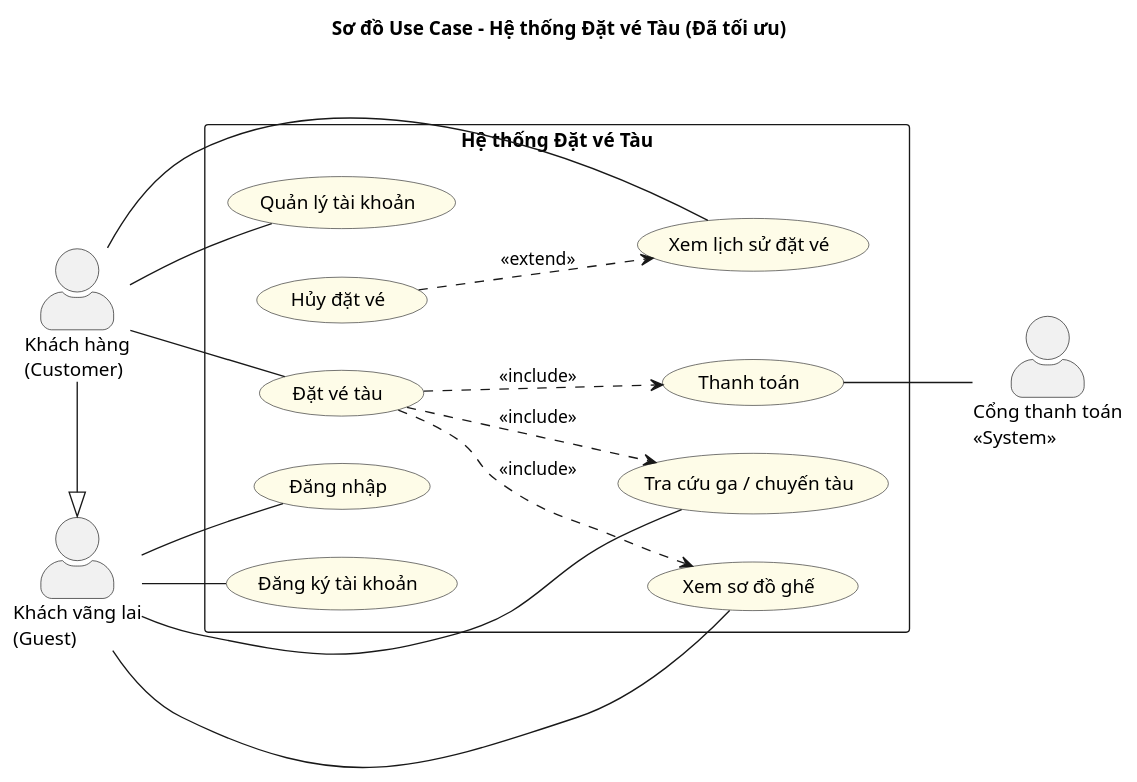
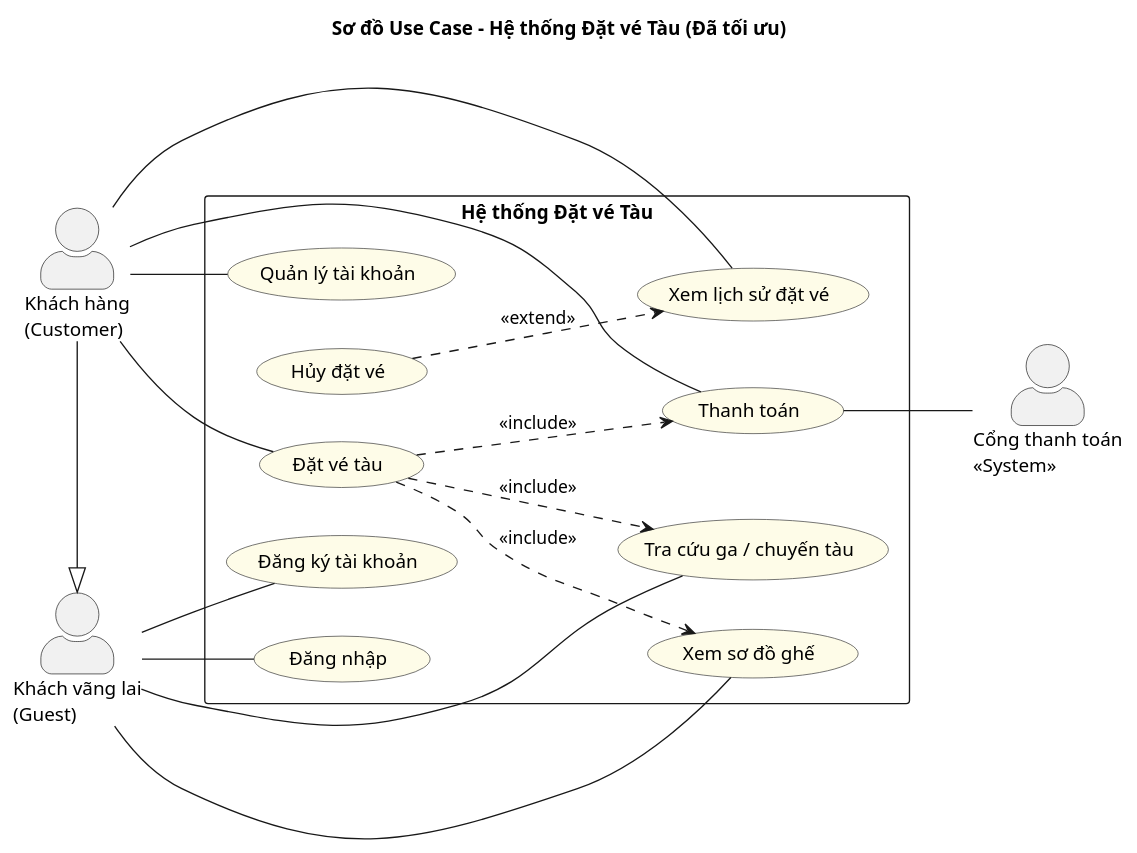
One commit to Phunguy65/train-ticket-booking-system-plus changed the second of 2 diagrams in docs/usecases/usecases.md. Above: the diagram before and after it, drawn with PlantUML. The commit also changed other lines of this file and 15 other files, not shown here.

````diff
--- a/docs/usecases/usecases.md
+++ b/docs/usecases/usecases.md
@@ -62,61 +66,62 @@
 ```plantuml
 @startuml usecase-diagram
 title Sơ đồ Use Case - Hệ thống Đặt vé Tàu (Đã tối ưu)
 
 left to right direction
 skinparam packageStyle rectangle
 skinparam actorStyle awesome
 skinparam usecase {
   BackgroundColor #FEFCE8
   BorderColor #333333
 }
 
 ' ── Actors ──
 actor "Khách vãng lai\n(Guest)" as Guest
 actor "Khách hàng\n(Customer)" as Customer
 actor "Cổng thanh toán\n<<System>>" as PaymentGW
 
 ' Customer kế thừa toàn bộ quyền của Guest
 Customer -|> Guest
 
 rectangle "Hệ thống Đặt vé Tàu" {
 
   ' ── Cấp độ Guest (Chưa đăng nhập) ──
   usecase "Tra cứu ga / chuyến tàu" as UC_Search
   usecase "Xem sơ đồ ghế" as UC_ViewSeat
   usecase "Đăng ký tài khoản" as UC_Register
   usecase "Đăng nhập" as UC_Login
 
   ' ── Cấp độ Customer (Đã đăng nhập) ──
   usecase "Quản lý tài khoản" as UC_Account
   usecase "Xem lịch sử đặt vé" as UC_ViewHistory
   usecase "Đặt vé tàu" as UC_Book
   usecase "Thanh toán" as UC_Payment
   usecase "Hủy đặt vé" as UC_Cancel
 
   ' ── Relationships (Includes / Extends) ──
   ' Muốn đặt vé thì bắt buộc phải tìm chuyến và chọn ghế
   UC_Book ..> UC_Search : <<include>>
   UC_Book ..> UC_ViewSeat : <<include>>
   ' Đặt vé bắt buộc phải thanh toán
   UC_Book ..> UC_Payment : <<include>>
 
   ' Hủy vé là một tính năng mở rộng có thể thực hiện từ màn hình Xem lịch sử
   UC_Cancel ..> UC_ViewHistory : <<extend>>
 }
 
 ' ── Phân quyền Actor ──
 Guest -- UC_Search
 Guest -- UC_ViewSeat
 Guest -- UC_Register
 Guest -- UC_Login
 
 Customer -- UC_Account
 Customer -- UC_ViewHistory
 Customer -- UC_Book
+Customer -- UC_Payment
 
 ' ── Tương tác hệ thống bên ngoài ──
 UC_Payment -- PaymentGW
 
 @enduml
 ```
````
